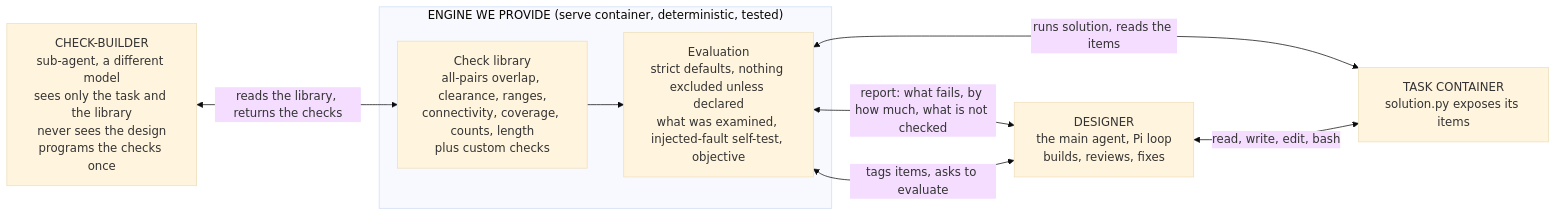
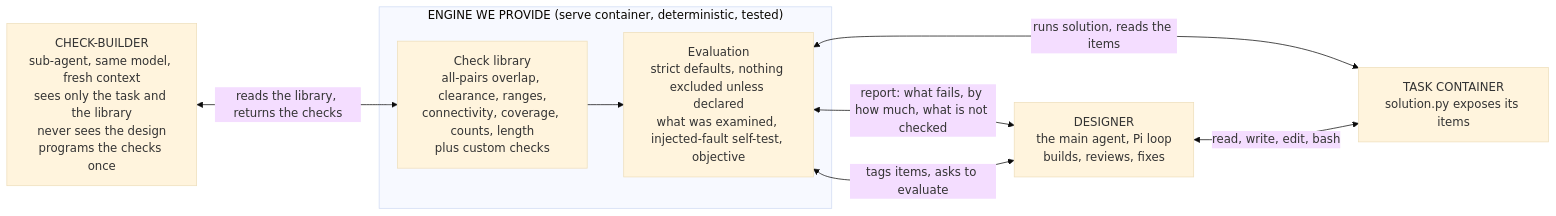
Before and after one commit to SophusRosendahl/ple-submission: the diagram in docs/figures/fig5-structured-architecture.mmd, drawn with Mermaid (base theme). The commit also changed 6 other files, not shown here.

First line of the commit message:
Rung 3: the check-builder runs on the declared model with a fresh context (a different model cannot be forced)

```diff
--- a/docs/figures/fig5-structured-architecture.mmd
+++ b/docs/figures/fig5-structured-architecture.mmd
@@ -1,14 +1,14 @@
 flowchart LR
-  CB["CHECK-BUILDER<br/>sub-agent, a different model<br/>sees only the task and the library<br/>never sees the design<br/>programs the checks once"]
+  CB["CHECK-BUILDER<br/>sub-agent, same model, fresh context<br/>sees only the task and the library<br/>never sees the design<br/>programs the checks once"]
   DS["DESIGNER<br/>the main agent, Pi loop<br/>builds, reviews, fixes"]
   subgraph ENG["ENGINE WE PROVIDE (serve container, deterministic, tested)"]
     LB["Check library<br/>all-pairs overlap, clearance, ranges,<br/>connectivity, coverage, counts, length<br/>plus custom checks"]
     EV["Evaluation<br/>strict defaults, nothing excluded unless declared<br/>what was examined, injected-fault self-test, objective"]
   end
   TC["TASK CONTAINER<br/>solution.py exposes its items"]
   CB <-->|"reads the library, returns the checks"| LB
   DS <-->|"tags items, asks to evaluate"| EV
   EV <-->|"report: what fails, by how much, what is not checked"| DS
   LB --> EV
   EV <-->|"runs solution, reads the items"| TC
   DS <-->|"read, write, edit, bash"| TC
```
